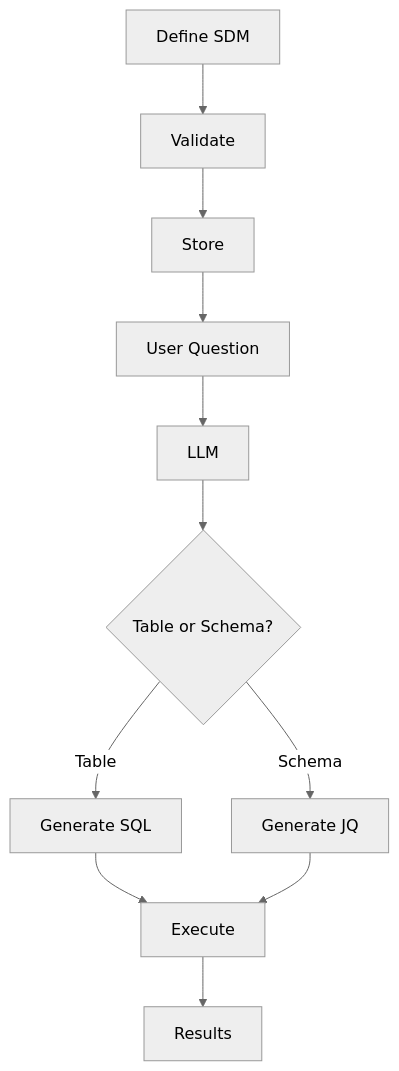
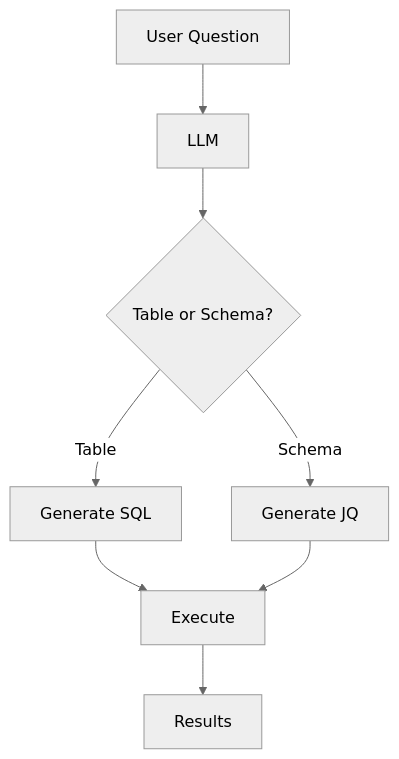
The third of 3 diagrams in docs/features/sdm/hierarchical-data/sdm-hierarchical-data-specification.md (ayim/taubench-modern), drawn with Mermaid (neutral theme) before and after one commit. The commit also changed other lines of this file, not shown here.

````diff
--- a/docs/features/sdm/hierarchical-data/sdm-hierarchical-data-specification.md
+++ b/docs/features/sdm/hierarchical-data/sdm-hierarchical-data-specification.md
@@ -135,13 +157,10 @@
 ```mermaid
 flowchart TD
-    A[Define SDM] --> B[Validate]
-    B --> C[Store]
-    C --> D[User Question]
-    D --> E[LLM]
-    E --> F{Table or Schema?}
-    F -->|Table| G[Generate SQL]
-    F -->|Schema| H[Generate JQ]
-    G --> I[Execute]
-    H --> I
-    I --> J[Results]
+    A[User Question] --> B[LLM]
+    B --> C{Table or Schema?}
+    C -->|Table| D[Generate SQL]
+    C -->|Schema| E[Generate JQ]
+    D --> F[Execute]
+    E --> F
+    F --> G[Results]
 ```
````
